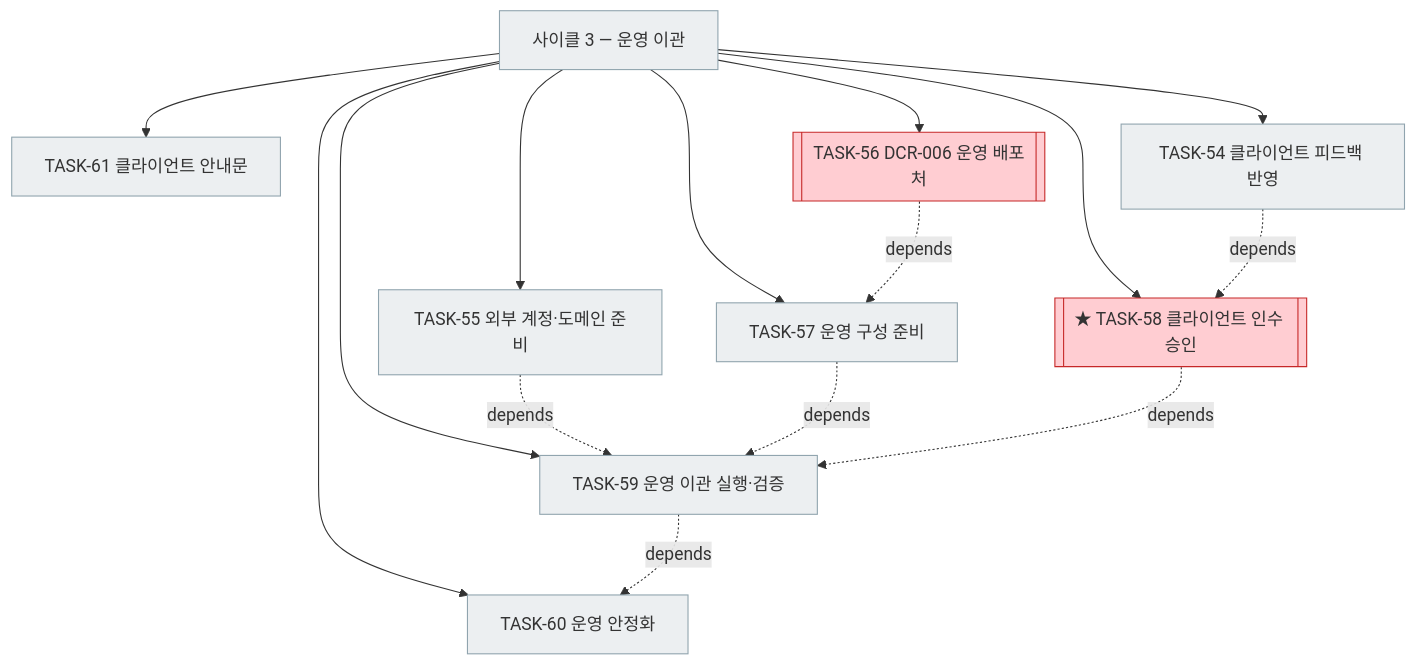
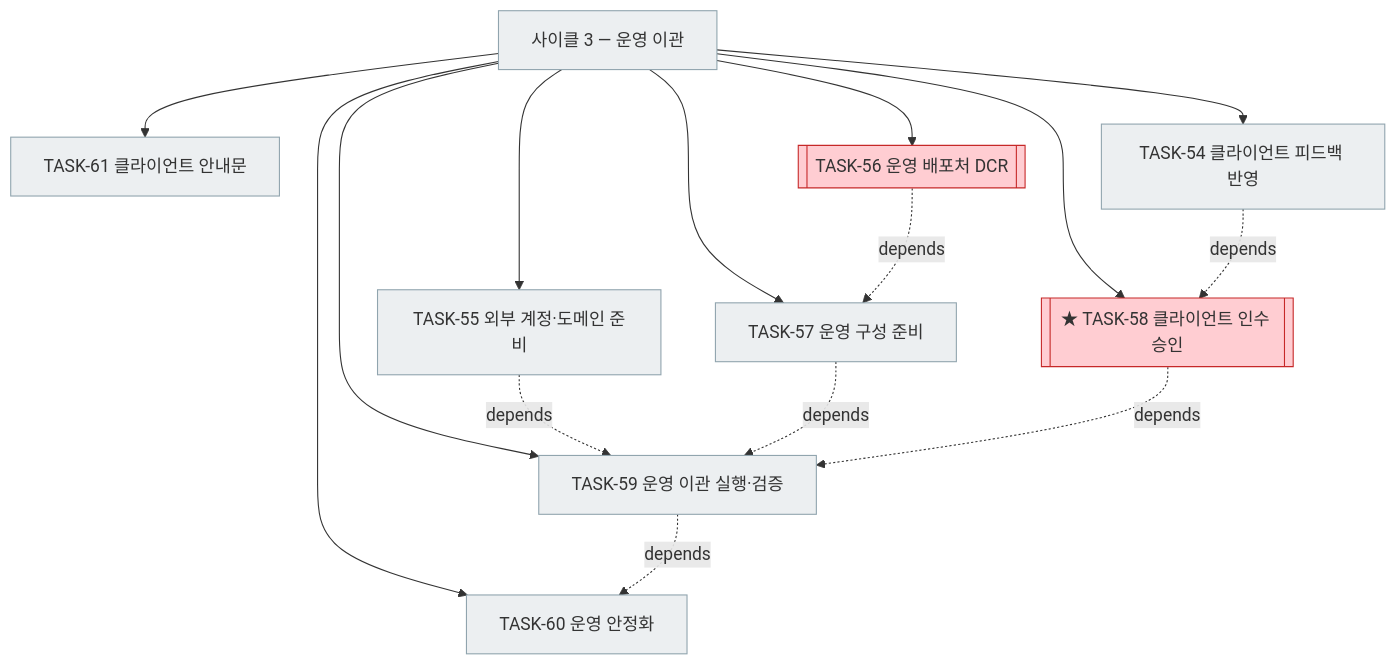
The fourth of 5 diagrams in docs/plan.md (bluesky5008/mathdesk), drawn with Mermaid before and after one commit. The commit also changed other lines of this file and 3 other files, not shown here.

````diff
--- a/docs/plan.md
+++ b/docs/plan.md
@@ -233,22 +233,22 @@
 ```mermaid
 flowchart TD
     C3["사이클 3 — 운영 이관"]:::todo
     C3 --> T61["TASK-61 클라이언트 안내문"]:::todo
     C3 --> T54["TASK-54 클라이언트 피드백 반영"]:::todo
     C3 --> T55["TASK-55 외부 계정·도메인 준비"]:::todo
-    C3 --> T56[["TASK-56 DCR-006 운영 배포처"]]:::gate
+    C3 --> T56[["TASK-56 운영 배포처 DCR"]]:::gate
     C3 --> T57["TASK-57 운영 구성 준비"]:::todo
     C3 --> T58[["★ TASK-58 클라이언트 인수 승인"]]:::gate
     C3 --> T59["TASK-59 운영 이관 실행·검증"]:::todo
     C3 --> T60["TASK-60 운영 안정화"]:::todo
     T56 -. depends .-> T57
     T54 -. depends .-> T58
     T55 -. depends .-> T59
     T57 -. depends .-> T59
     T58 -. depends .-> T59
     T59 -. depends .-> T60
     classDef done fill:#c8e6c9,stroke:#2e7d32
     classDef active fill:#fff9c4,stroke:#f9a825
     classDef todo fill:#eceff1,stroke:#90a4ae
     classDef gate fill:#ffcdd2,stroke:#c62828
 ```
````
